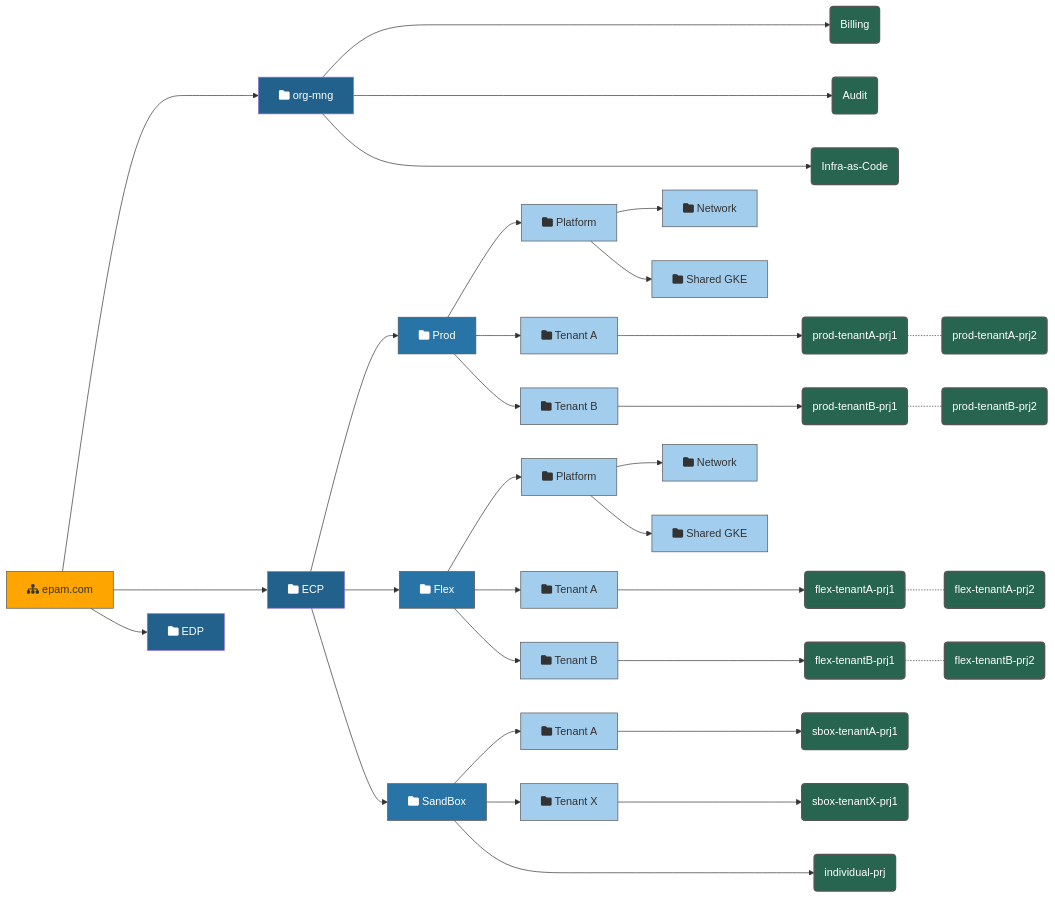
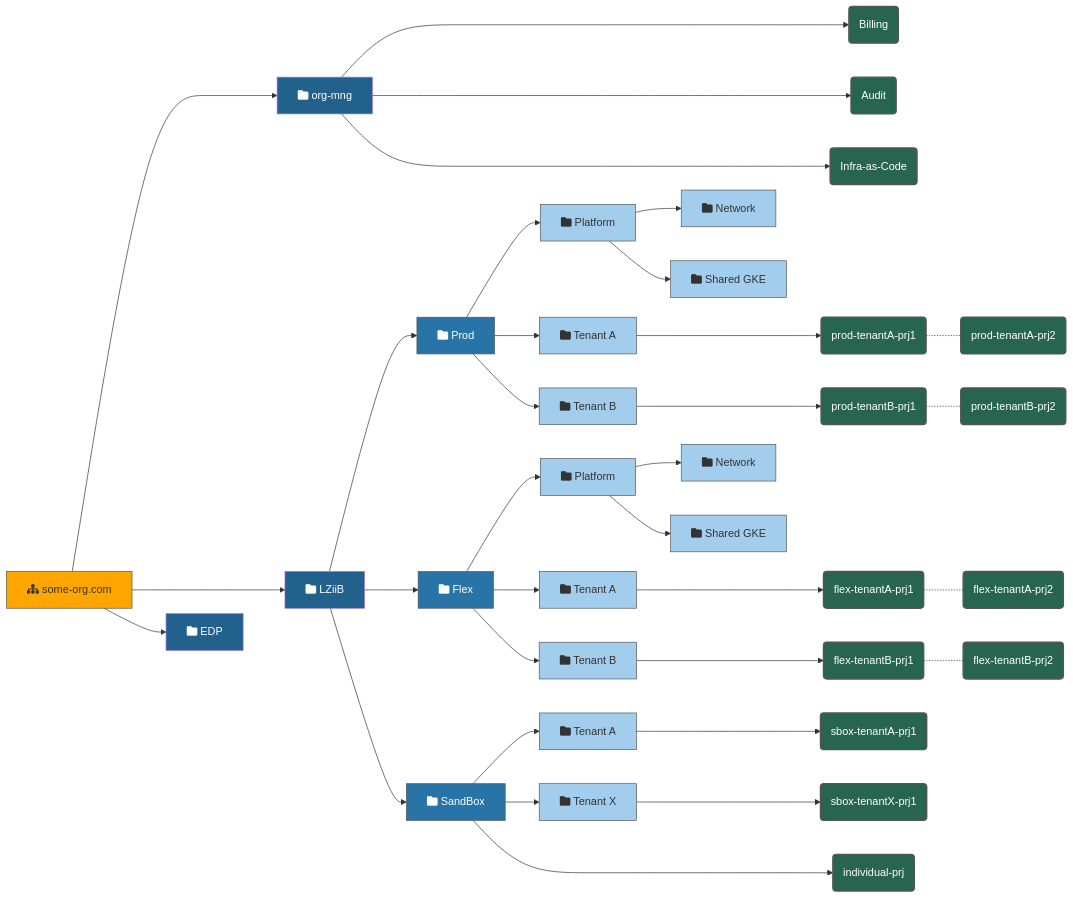
One commit to derailed-dash/demo-lz-docs changed the diagram in content/epam-lz/design-overview.md. Above: the diagram before and after it, drawn with Mermaid. The commit also changed other lines of this file and 49 other files, not shown here.

```diff
--- a/content/epam-lz/design-overview.md
+++ b/content/epam-lz/design-overview.md
@@ -28,31 +28,31 @@
 {{<mermaid align="left">}}
 graph LR
-    ORG[fa:fa-sitemap epam.com] ---> MNG[fa:fa-folder org-mng] & ECP[fa:fa-folder ECP]
+    ORG[fa:fa-sitemap some-org.com] ---> MNG[fa:fa-folder org-mng] & LZiiB[fa:fa-folder LZiiB]
     ORG --> EDP[fa:fa-folder EDP]
-    ECP --> PRD[fa:fa-folder Prod] & FLEX[fa:fa-folder Flex] & SBOX[fa:fa-folder SandBox]
+    LZiiB --> PRD[fa:fa-folder Prod] & FLEX[fa:fa-folder Flex] & SBOX[fa:fa-folder SandBox]
     PRD --> PRD-PLT[fa:fa-folder Platform] & PRD-A[fa:fa-folder Tenant A] & PRD-B[fa:fa-folder Tenant B]
     PRD-PLT --> PRD-PLT-NET[fa:fa-folder Network] & PRD-SHARED-GKE[fa:fa-folder Shared GKE]
     FLEX --> NPD-PLT[fa:fa-folder Platform] & NPD-A[fa:fa-folder Tenant A] & NPD-B[fa:fa-folder Tenant B]
     NPD-PLT --> NPD-PLT-NET[fa:fa-folder Network] & NPD-SHARED-GKE[fa:fa-folder Shared GKE]
     SBOX --> SBOX-A[fa:fa-folder Tenant A] & SBOX-X[fa:fa-folder Tenant X]
     SBOX-A ---> SBOX-A-1(sbox-tenantA-prj1)
     SBOX-X ---> SBOX-X-1(sbox-tenantX-prj1)
     SBOX ----> TEN-Y(individual-prj)
     MNG -----> M(Billing) & N(Audit) & O(Infra-as-Code)
     PRD-A ---> PRD-A-1(prod-tenantA-prj1) -.- PRD-A-2(prod-tenantA-prj2)
     PRD-B ---> PRD-B-1(prod-tenantB-prj1) -.- PRD-B-2(prod-tenantB-prj2)
     NPD-A ---> NPD-A-1(flex-tenantA-prj1) -.- NPD-A-2(flex-tenantA-prj2)
     NPD-B ---> NPD-B-1(flex-tenantB-prj1) -.- NPD-B-2(flex-tenantB-prj2)
     
     classDef orange fill:#ffa500,stroke:#555;
     classDef darkblue fill:#21618C,color:white;
     classDef blue fill:#2874A6,stroke:#555,color:white;
     classDef lightblue fill:#a3cded,stroke:#555;
     classDef green fill:#276551,color:white,stroke:#555,stroke-width:2px;
     class ORG orange
-    class MNG,ECP,EDP darkblue
+    class MNG,LZiiB,EDP darkblue
     class PRD,FLEX,SBOX blue
     class PRD-PLT,PRD-A,PRD-B,SBOX-A,SBOX-X,PRD-PLT-NET,PRD-SHARED-GKE lightblue
     class NPD-PLT,NPD-A,NPD-B,NPD-PLT-NET,NPD-SHARED-GKE lightblue
     class M,N,O,PRD-A-1,PRD-A-2,NPD-A-1,NPD-A-2,PRD-B-1,PRD-B-2,NPD-B-1,NPD-B-2,SBOX-A-1,SBOX-X-1,TEN-Y,TEN-X green
 {{< /mermaid >}}
```
